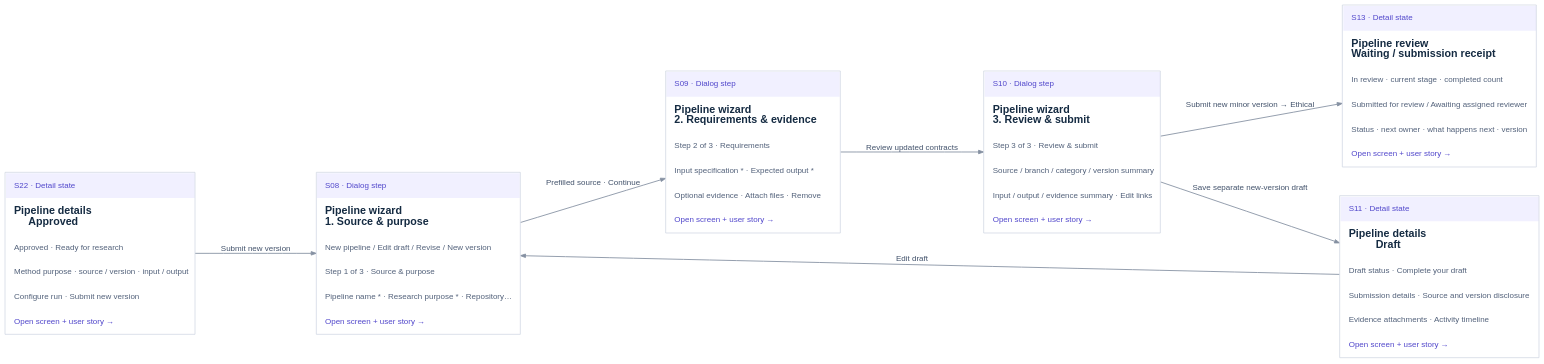
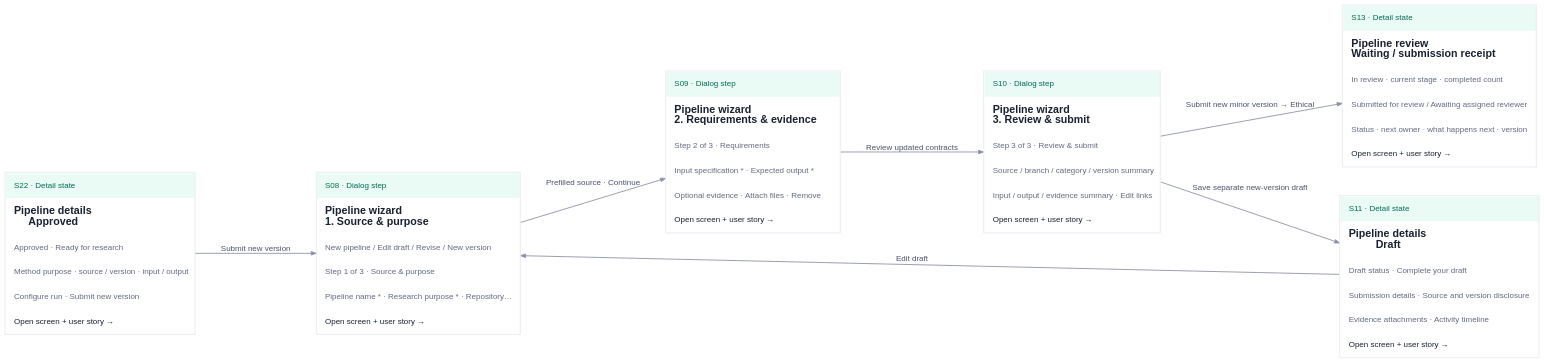
Before and after one commit to T-dotnet/Zero_trust: the diagram in public/mvp-flow-docs/flows/F06.dot, drawn with Graphviz. The commit also changed 50 other files, not shown here.

```diff
--- a/public/mvp-flow-docs/flows/F06.dot
+++ b/public/mvp-flow-docs/flows/F06.dot
@@ -1,17 +1,17 @@
 digraph flow {
 graph [rankdir=LR, bgcolor="transparent", pad="0.25", nodesep="0.6", ranksep="1.05", splines=polyline, outputorder=edgesfirst];
 node [shape=plain, fontname="Arial"];
-edge [color="#8590a2", fontcolor="#42526b", fontname="Arial", fontsize=12, arrowsize=0.75, penwidth=1.3];
-S22 [id="node-S22", href="#screen=S22&journey=F06", tooltip="Pipeline details · Approved", label=<<TABLE BORDER="1" COLOR="#cbd2df" CELLBORDER="0" CELLSPACING="0" CELLPADDING="12" BGCOLOR="white"><TR><TD ALIGN="LEFT" WIDTH="260" BGCOLOR="#f1f0ff"><FONT POINT-SIZE="12" COLOR="#5147cb">S22 · Detail state</FONT></TD></TR><TR><TD ALIGN="LEFT"><FONT POINT-SIZE="16" COLOR="#152b42"><B>Pipeline details<BR ALIGN="LEFT"/>Approved</B></FONT></TD></TR><TR><TD ALIGN="LEFT"><FONT POINT-SIZE="12" COLOR="#52617a">Approved · Ready for research</FONT></TD></TR><TR><TD ALIGN="LEFT"><FONT POINT-SIZE="12" COLOR="#52617a">Method purpose · source / version · input / output</FONT></TD></TR><TR><TD ALIGN="LEFT"><FONT POINT-SIZE="12" COLOR="#52617a">Configure run · Submit new version</FONT></TD></TR><TR><TD ALIGN="LEFT"><FONT POINT-SIZE="12" COLOR="#5147cb">Open screen + user story →</FONT></TD></TR></TABLE>>];
-S08 [id="node-S08", href="#screen=S08&journey=F06", tooltip="Pipeline wizard · 1. Source & purpose", label=<<TABLE BORDER="1" COLOR="#cbd2df" CELLBORDER="0" CELLSPACING="0" CELLPADDING="12" BGCOLOR="white"><TR><TD ALIGN="LEFT" WIDTH="260" BGCOLOR="#f1f0ff"><FONT POINT-SIZE="12" COLOR="#5147cb">S08 · Dialog step</FONT></TD></TR><TR><TD ALIGN="LEFT"><FONT POINT-SIZE="16" COLOR="#152b42"><B>Pipeline wizard<BR ALIGN="LEFT"/>1. Source &amp; purpose</B></FONT></TD></TR><TR><TD ALIGN="LEFT"><FONT POINT-SIZE="12" COLOR="#52617a">New pipeline / Edit draft / Revise / New version</FONT></TD></TR><TR><TD ALIGN="LEFT"><FONT POINT-SIZE="12" COLOR="#52617a">Step 1 of 3 · Source &amp; purpose</FONT></TD></TR><TR><TD ALIGN="LEFT"><FONT POINT-SIZE="12" COLOR="#52617a">Pipeline name * · Research purpose * · Repository…</FONT></TD></TR><TR><TD ALIGN="LEFT"><FONT POINT-SIZE="12" COLOR="#5147cb">Open screen + user story →</FONT></TD></TR></TABLE>>];
-S09 [id="node-S09", href="#screen=S09&journey=F06", tooltip="Pipeline wizard · 2. Requirements & evidence", label=<<TABLE BORDER="1" COLOR="#cbd2df" CELLBORDER="0" CELLSPACING="0" CELLPADDING="12" BGCOLOR="white"><TR><TD ALIGN="LEFT" WIDTH="260" BGCOLOR="#f1f0ff"><FONT POINT-SIZE="12" COLOR="#5147cb">S09 · Dialog step</FONT></TD></TR><TR><TD ALIGN="LEFT"><FONT POINT-SIZE="16" COLOR="#152b42"><B>Pipeline wizard<BR ALIGN="LEFT"/>2. Requirements &amp; evidence</B></FONT></TD></TR><TR><TD ALIGN="LEFT"><FONT POINT-SIZE="12" COLOR="#52617a">Step 2 of 3 · Requirements</FONT></TD></TR><TR><TD ALIGN="LEFT"><FONT POINT-SIZE="12" COLOR="#52617a">Input specification * · Expected output *</FONT></TD></TR><TR><TD ALIGN="LEFT"><FONT POINT-SIZE="12" COLOR="#52617a">Optional evidence · Attach files · Remove</FONT></TD></TR><TR><TD ALIGN="LEFT"><FONT POINT-SIZE="12" COLOR="#5147cb">Open screen + user story →</FONT></TD></TR></TABLE>>];
-S10 [id="node-S10", href="#screen=S10&journey=F06", tooltip="Pipeline wizard · 3. Review & submit", label=<<TABLE BORDER="1" COLOR="#cbd2df" CELLBORDER="0" CELLSPACING="0" CELLPADDING="12" BGCOLOR="white"><TR><TD ALIGN="LEFT" WIDTH="260" BGCOLOR="#f1f0ff"><FONT POINT-SIZE="12" COLOR="#5147cb">S10 · Dialog step</FONT></TD></TR><TR><TD ALIGN="LEFT"><FONT POINT-SIZE="16" COLOR="#152b42"><B>Pipeline wizard<BR ALIGN="LEFT"/>3. Review &amp; submit</B></FONT></TD></TR><TR><TD ALIGN="LEFT"><FONT POINT-SIZE="12" COLOR="#52617a">Step 3 of 3 · Review &amp; submit</FONT></TD></TR><TR><TD ALIGN="LEFT"><FONT POINT-SIZE="12" COLOR="#52617a">Source / branch / category / version summary</FONT></TD></TR><TR><TD ALIGN="LEFT"><FONT POINT-SIZE="12" COLOR="#52617a">Input / output / evidence summary · Edit links</FONT></TD></TR><TR><TD ALIGN="LEFT"><FONT POINT-SIZE="12" COLOR="#5147cb">Open screen + user story →</FONT></TD></TR></TABLE>>];
-S11 [id="node-S11", href="#screen=S11&journey=F06", tooltip="Pipeline details · Draft", label=<<TABLE BORDER="1" COLOR="#cbd2df" CELLBORDER="0" CELLSPACING="0" CELLPADDING="12" BGCOLOR="white"><TR><TD ALIGN="LEFT" WIDTH="260" BGCOLOR="#f1f0ff"><FONT POINT-SIZE="12" COLOR="#5147cb">S11 · Detail state</FONT></TD></TR><TR><TD ALIGN="LEFT"><FONT POINT-SIZE="16" COLOR="#152b42"><B>Pipeline details<BR ALIGN="LEFT"/>Draft</B></FONT></TD></TR><TR><TD ALIGN="LEFT"><FONT POINT-SIZE="12" COLOR="#52617a">Draft status · Complete your draft</FONT></TD></TR><TR><TD ALIGN="LEFT"><FONT POINT-SIZE="12" COLOR="#52617a">Submission details · Source and version disclosure</FONT></TD></TR><TR><TD ALIGN="LEFT"><FONT POINT-SIZE="12" COLOR="#52617a">Evidence attachments · Activity timeline</FONT></TD></TR><TR><TD ALIGN="LEFT"><FONT POINT-SIZE="12" COLOR="#5147cb">Open screen + user story →</FONT></TD></TR></TABLE>>];
-S13 [id="node-S13", href="#screen=S13&journey=F06", tooltip="Pipeline review · Waiting / submission receipt", label=<<TABLE BORDER="1" COLOR="#cbd2df" CELLBORDER="0" CELLSPACING="0" CELLPADDING="12" BGCOLOR="white"><TR><TD ALIGN="LEFT" WIDTH="260" BGCOLOR="#f1f0ff"><FONT POINT-SIZE="12" COLOR="#5147cb">S13 · Detail state</FONT></TD></TR><TR><TD ALIGN="LEFT"><FONT POINT-SIZE="16" COLOR="#152b42"><B>Pipeline review<BR ALIGN="LEFT"/>Waiting / submission receipt</B></FONT></TD></TR><TR><TD ALIGN="LEFT"><FONT POINT-SIZE="12" COLOR="#52617a">In review · current stage · completed count</FONT></TD></TR><TR><TD ALIGN="LEFT"><FONT POINT-SIZE="12" COLOR="#52617a">Submitted for review / Awaiting assigned reviewer</FONT></TD></TR><TR><TD ALIGN="LEFT"><FONT POINT-SIZE="12" COLOR="#52617a">Status · next owner · what happens next · version</FONT></TD></TR><TR><TD ALIGN="LEFT"><FONT POINT-SIZE="12" COLOR="#5147cb">Open screen + user story →</FONT></TD></TR></TABLE>>];
+edge [color="#8c91a4", fontcolor="#495268", fontname="Arial", fontsize=12, arrowsize=0.75, penwidth=1.3];
+S22 [id="node-S22", href="#screen=S22&journey=F06", tooltip="Pipeline details · Approved", label=<<TABLE BORDER="1" COLOR="#e0e4ec" CELLBORDER="0" CELLSPACING="0" CELLPADDING="12" BGCOLOR="white"><TR><TD ALIGN="LEFT" WIDTH="260" BGCOLOR="#eafbf5"><FONT POINT-SIZE="12" COLOR="#006b50">S22 · Detail state</FONT></TD></TR><TR><TD ALIGN="LEFT"><FONT POINT-SIZE="16" COLOR="#18212f"><B>Pipeline details<BR ALIGN="LEFT"/>Approved</B></FONT></TD></TR><TR><TD ALIGN="LEFT"><FONT POINT-SIZE="12" COLOR="#626a7e">Approved · Ready for research</FONT></TD></TR><TR><TD ALIGN="LEFT"><FONT POINT-SIZE="12" COLOR="#626a7e">Method purpose · source / version · input / output</FONT></TD></TR><TR><TD ALIGN="LEFT"><FONT POINT-SIZE="12" COLOR="#626a7e">Configure run · Submit new version</FONT></TD></TR><TR><TD ALIGN="LEFT"><FONT POINT-SIZE="12" COLOR="#18212f">Open screen + user story →</FONT></TD></TR></TABLE>>];
+S08 [id="node-S08", href="#screen=S08&journey=F06", tooltip="Pipeline wizard · 1. Source & purpose", label=<<TABLE BORDER="1" COLOR="#e0e4ec" CELLBORDER="0" CELLSPACING="0" CELLPADDING="12" BGCOLOR="white"><TR><TD ALIGN="LEFT" WIDTH="260" BGCOLOR="#eafbf5"><FONT POINT-SIZE="12" COLOR="#006b50">S08 · Dialog step</FONT></TD></TR><TR><TD ALIGN="LEFT"><FONT POINT-SIZE="16" COLOR="#18212f"><B>Pipeline wizard<BR ALIGN="LEFT"/>1. Source &amp; purpose</B></FONT></TD></TR><TR><TD ALIGN="LEFT"><FONT POINT-SIZE="12" COLOR="#626a7e">New pipeline / Edit draft / Revise / New version</FONT></TD></TR><TR><TD ALIGN="LEFT"><FONT POINT-SIZE="12" COLOR="#626a7e">Step 1 of 3 · Source &amp; purpose</FONT></TD></TR><TR><TD ALIGN="LEFT"><FONT POINT-SIZE="12" COLOR="#626a7e">Pipeline name * · Research purpose * · Repository…</FONT></TD></TR><TR><TD ALIGN="LEFT"><FONT POINT-SIZE="12" COLOR="#18212f">Open screen + user story →</FONT></TD></TR></TABLE>>];
+S09 [id="node-S09", href="#screen=S09&journey=F06", tooltip="Pipeline wizard · 2. Requirements & evidence", label=<<TABLE BORDER="1" COLOR="#e0e4ec" CELLBORDER="0" CELLSPACING="0" CELLPADDING="12" BGCOLOR="white"><TR><TD ALIGN="LEFT" WIDTH="260" BGCOLOR="#eafbf5"><FONT POINT-SIZE="12" COLOR="#006b50">S09 · Dialog step</FONT></TD></TR><TR><TD ALIGN="LEFT"><FONT POINT-SIZE="16" COLOR="#18212f"><B>Pipeline wizard<BR ALIGN="LEFT"/>2. Requirements &amp; evidence</B></FONT></TD></TR><TR><TD ALIGN="LEFT"><FONT POINT-SIZE="12" COLOR="#626a7e">Step 2 of 3 · Requirements</FONT></TD></TR><TR><TD ALIGN="LEFT"><FONT POINT-SIZE="12" COLOR="#626a7e">Input specification * · Expected output *</FONT></TD></TR><TR><TD ALIGN="LEFT"><FONT POINT-SIZE="12" COLOR="#626a7e">Optional evidence · Attach files · Remove</FONT></TD></TR><TR><TD ALIGN="LEFT"><FONT POINT-SIZE="12" COLOR="#18212f">Open screen + user story →</FONT></TD></TR></TABLE>>];
+S10 [id="node-S10", href="#screen=S10&journey=F06", tooltip="Pipeline wizard · 3. Review & submit", label=<<TABLE BORDER="1" COLOR="#e0e4ec" CELLBORDER="0" CELLSPACING="0" CELLPADDING="12" BGCOLOR="white"><TR><TD ALIGN="LEFT" WIDTH="260" BGCOLOR="#eafbf5"><FONT POINT-SIZE="12" COLOR="#006b50">S10 · Dialog step</FONT></TD></TR><TR><TD ALIGN="LEFT"><FONT POINT-SIZE="16" COLOR="#18212f"><B>Pipeline wizard<BR ALIGN="LEFT"/>3. Review &amp; submit</B></FONT></TD></TR><TR><TD ALIGN="LEFT"><FONT POINT-SIZE="12" COLOR="#626a7e">Step 3 of 3 · Review &amp; submit</FONT></TD></TR><TR><TD ALIGN="LEFT"><FONT POINT-SIZE="12" COLOR="#626a7e">Source / branch / category / version summary</FONT></TD></TR><TR><TD ALIGN="LEFT"><FONT POINT-SIZE="12" COLOR="#626a7e">Input / output / evidence summary · Edit links</FONT></TD></TR><TR><TD ALIGN="LEFT"><FONT POINT-SIZE="12" COLOR="#18212f">Open screen + user story →</FONT></TD></TR></TABLE>>];
+S11 [id="node-S11", href="#screen=S11&journey=F06", tooltip="Pipeline details · Draft", label=<<TABLE BORDER="1" COLOR="#e0e4ec" CELLBORDER="0" CELLSPACING="0" CELLPADDING="12" BGCOLOR="white"><TR><TD ALIGN="LEFT" WIDTH="260" BGCOLOR="#eafbf5"><FONT POINT-SIZE="12" COLOR="#006b50">S11 · Detail state</FONT></TD></TR><TR><TD ALIGN="LEFT"><FONT POINT-SIZE="16" COLOR="#18212f"><B>Pipeline details<BR ALIGN="LEFT"/>Draft</B></FONT></TD></TR><TR><TD ALIGN="LEFT"><FONT POINT-SIZE="12" COLOR="#626a7e">Draft status · Complete your draft</FONT></TD></TR><TR><TD ALIGN="LEFT"><FONT POINT-SIZE="12" COLOR="#626a7e">Submission details · Source and version disclosure</FONT></TD></TR><TR><TD ALIGN="LEFT"><FONT POINT-SIZE="12" COLOR="#626a7e">Evidence attachments · Activity timeline</FONT></TD></TR><TR><TD ALIGN="LEFT"><FONT POINT-SIZE="12" COLOR="#18212f">Open screen + user story →</FONT></TD></TR></TABLE>>];
+S13 [id="node-S13", href="#screen=S13&journey=F06", tooltip="Pipeline review · Waiting / submission receipt", label=<<TABLE BORDER="1" COLOR="#e0e4ec" CELLBORDER="0" CELLSPACING="0" CELLPADDING="12" BGCOLOR="white"><TR><TD ALIGN="LEFT" WIDTH="260" BGCOLOR="#eafbf5"><FONT POINT-SIZE="12" COLOR="#006b50">S13 · Detail state</FONT></TD></TR><TR><TD ALIGN="LEFT"><FONT POINT-SIZE="16" COLOR="#18212f"><B>Pipeline review<BR ALIGN="LEFT"/>Waiting / submission receipt</B></FONT></TD></TR><TR><TD ALIGN="LEFT"><FONT POINT-SIZE="12" COLOR="#626a7e">In review · current stage · completed count</FONT></TD></TR><TR><TD ALIGN="LEFT"><FONT POINT-SIZE="12" COLOR="#626a7e">Submitted for review / Awaiting assigned reviewer</FONT></TD></TR><TR><TD ALIGN="LEFT"><FONT POINT-SIZE="12" COLOR="#626a7e">Status · next owner · what happens next · version</FONT></TD></TR><TR><TD ALIGN="LEFT"><FONT POINT-SIZE="12" COLOR="#18212f">Open screen + user story →</FONT></TD></TR></TABLE>>];
 S22 -> S08 [label="Submit new version", tooltip="Submit new version"];
 S08 -> S09 [label="Prefilled source · Continue", tooltip="Prefilled source · Continue"];
 S09 -> S10 [label="Review updated contracts", tooltip="Review updated contracts"];
 S10 -> S11 [label="Save separate new-version draft", tooltip="Save separate new-version draft"];
 S11 -> S08 [label="Edit draft", tooltip="Edit draft"];
 S10 -> S13 [label="Submit new minor version → Ethical", tooltip="Submit new minor version → Ethical"];
 }
```
